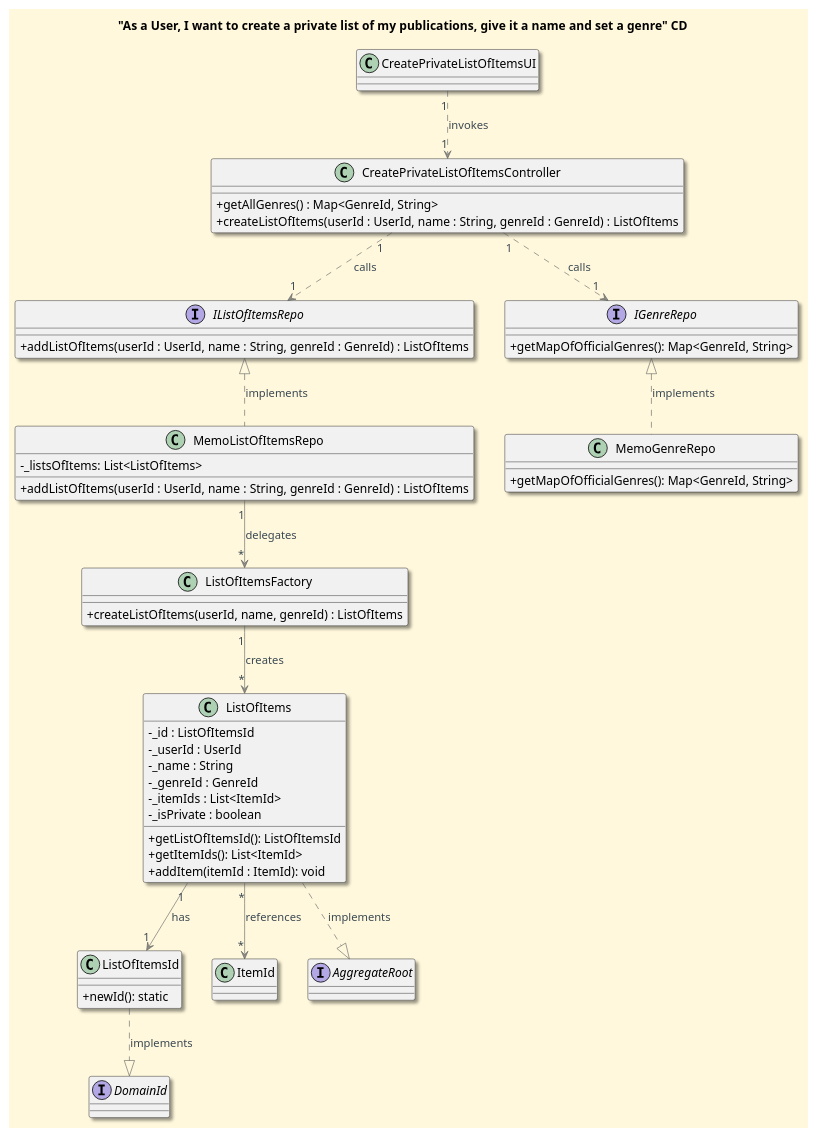
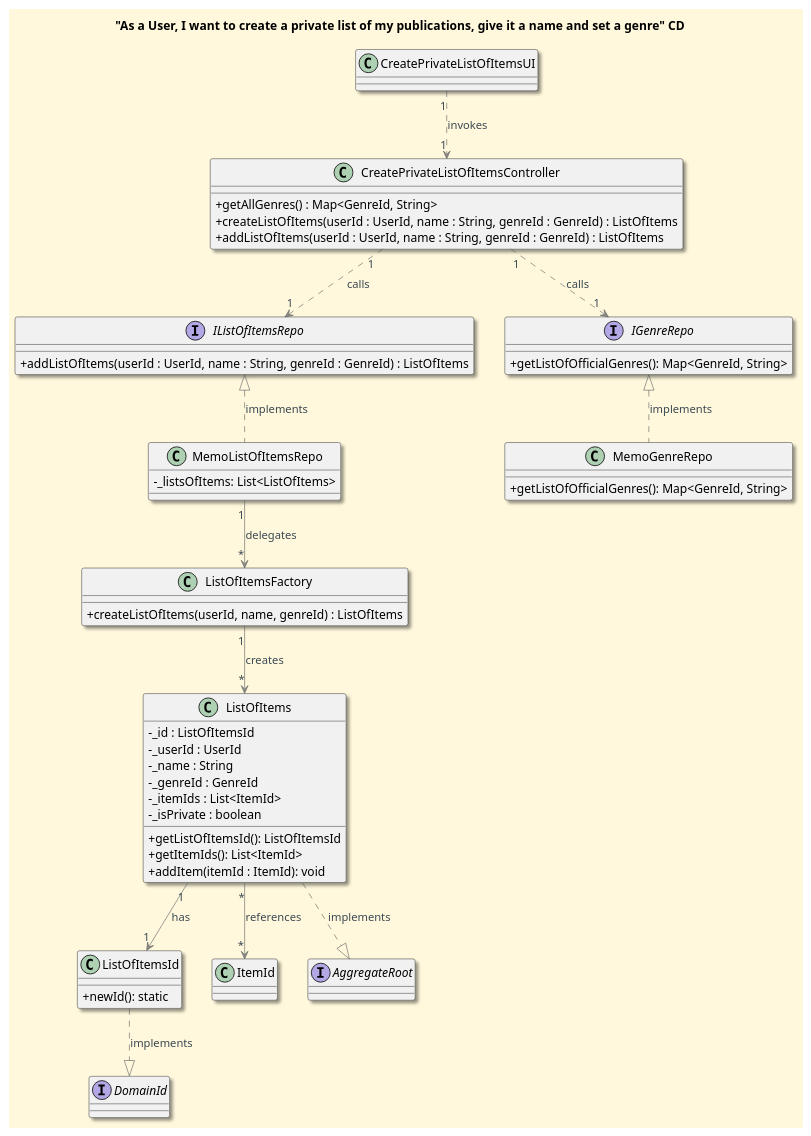
Before and after one commit to CarolinaLeite-collab/JavaMarketplacePlatform: the diagram in docs/functionalities/user/create-private-list-of-my-publications/To_Create_A_Private_List_Of_My_Publications_CD.puml, drawn with PlantUML. The commit also changed 1 other file, not shown here.

Commit message:
task: design update to CreateAPrivateList funtionality diagrams, #615

```diff
--- a/docs/functionalities/user/create-private-list-of-my-publications/To_Create_A_Private_List_Of_My_Publications_CD.puml
+++ b/docs/functionalities/user/create-private-list-of-my-publications/To_Create_A_Private_List_Of_My_Publications_CD.puml
@@ -1,85 +1,86 @@
 @startuml
 '==== Title ====
 title "As a User, I want to create a private list of my publications, give it a name and set a genre" CD
 top to bottom direction
 
 '==== basic style ====
 skinparam monochrome false
 skinparam shadowing true
 skinparam defaultFontName Futura
 skinparam objectFontSize 20
 skinparam backgroundColor CornSilk
 skinparam objectBackgroundColor WhiteSmoke
 skinparam noteBackgroundColor #FFFFE0
 skinparam ArrowFontColor #3B4953
 skinparam ArrowColor #57595BAA
 skinparam classAttributeIconSize 0
 
 '==== Entities ===='
 interface IListOfItemsRepo {
     + addListOfItems(userId : UserId, name : String, genreId : GenreId) : ListOfItems
 }
 
 class MemoListOfItemsRepo {
     - _listsOfItems: List<ListOfItems>
 
-    + addListOfItems(userId : UserId, name : String, genreId : GenreId) : ListOfItems
+
 }
 
 class CreatePrivateListOfItemsController {
 	+ getAllGenres() : Map<GenreId, String>
 	+ createListOfItems(userId : UserId, name : String, genreId : GenreId) : ListOfItems
+	+ addListOfItems(userId : UserId, name : String, genreId : GenreId) : ListOfItems
 }
 
 class ListOfItemsFactory {
     + createListOfItems(userId, name, genreId) : ListOfItems
 }
 
 interface IGenreRepo {
-    + getMapOfOfficialGenres(): Map<GenreId, String>
+    + getListOfOfficialGenres(): Map<GenreId, String>
 }
 
 class MemoGenreRepo {
-    + getMapOfOfficialGenres(): Map<GenreId, String>
+    + getListOfOfficialGenres(): Map<GenreId, String>
 }
 
 class ListOfItemsId {
     + newId(): static
 }
 
 interface DomainId {}
 
 class ListOfItems {
     - _id : ListOfItemsId
     - _userId : UserId
     - _name : String
     - _genreId : GenreId
     - _itemIds : List<ItemId>
     - _isPrivate : boolean
 
     + getListOfItemsId(): ListOfItemsId
     + getItemIds(): List<ItemId>
     + addItem(itemId : ItemId): void
 }
 
 class ItemId {}
 
 interface AggregateRoot {}
 
 
 '==== Interactions ===='
 
 CreatePrivateListOfItemsUI "1" ..> "1" CreatePrivateListOfItemsController: invokes
 CreatePrivateListOfItemsController "1" ..> "1" IGenreRepo: calls
 IGenreRepo <|.. MemoGenreRepo: implements
 CreatePrivateListOfItemsController  "1" ..> "1" IListOfItemsRepo: calls
 IListOfItemsRepo <|.. MemoListOfItemsRepo: implements
 MemoListOfItemsRepo "1" --> "*" ListOfItemsFactory: delegates
 ListOfItemsFactory "1" --> "*" ListOfItems: creates
 ListOfItems "1" --> "1" ListOfItemsId: has
 ListOfItems "*" --> "*" ItemId: references
 ListOfItems ..|> AggregateRoot: implements
 ListOfItemsId ..|> DomainId: implements
 
 
 @enduml
```
